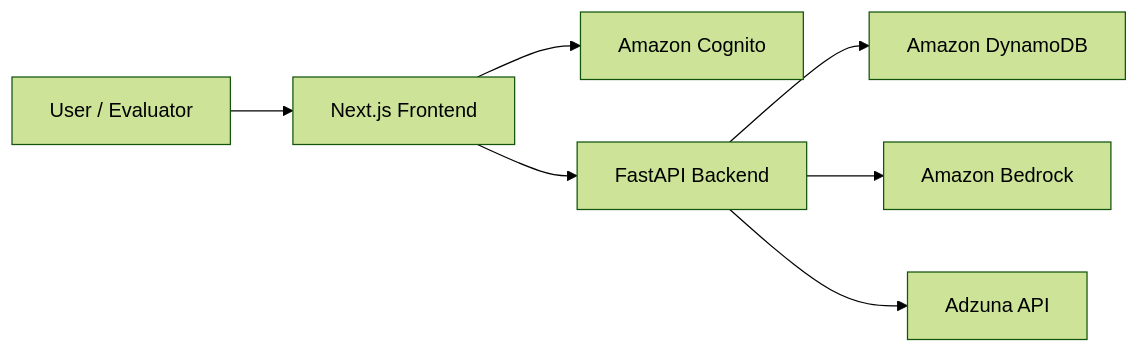
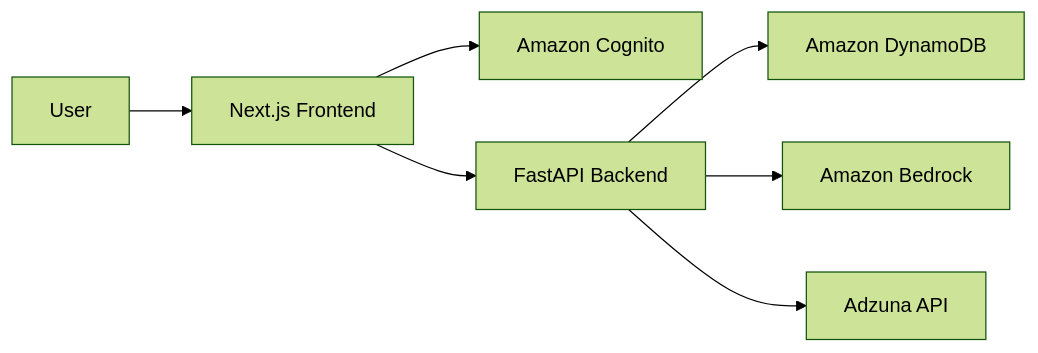
Before and after one commit to zhiqi-zhang233/CareerCat: the diagram in README.md, drawn with Mermaid (forest theme). The commit also changed other lines of this file, not shown here.

````diff
--- a/README.md
+++ b/README.md
@@ -11,9 +11,9 @@
 ```mermaid
 flowchart LR
-    User["User / Evaluator"] --> Frontend["Next.js Frontend"]
+    User["User"] --> Frontend["Next.js Frontend"]
     Frontend --> Cognito["Amazon Cognito"]
     Frontend --> Backend["FastAPI Backend"]
     Backend --> DynamoDB["Amazon DynamoDB"]
     Backend --> Bedrock["Amazon Bedrock"]
     Backend --> Adzuna["Adzuna API"]
 ```
````
